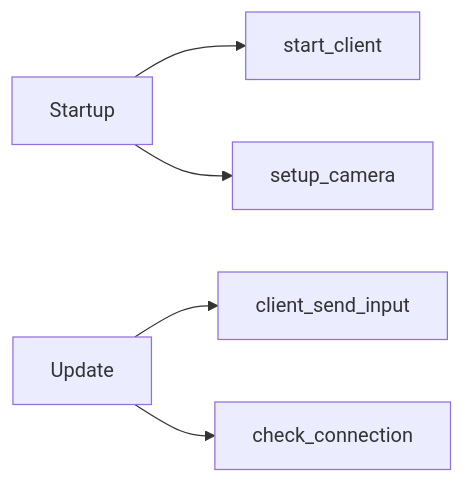
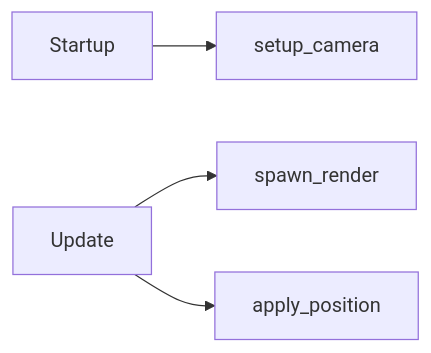
The fourth of 6 diagrams in DESIGN.md (kindywu/simple_bevy), drawn with Mermaid before and after one commit. The commit also changed other lines of this file and 3 other files, not shown here.

````diff
--- a/DESIGN.md
+++ b/DESIGN.md
@@ -117,7 +131,6 @@
 ```mermaid
 graph LR
-    Startup --> start_client
     Startup --> setup_camera
-    Update --> client_send_input
-    Update --> check_connection
+    Update --> spawn_render
+    Update --> apply_position
 ```
````
